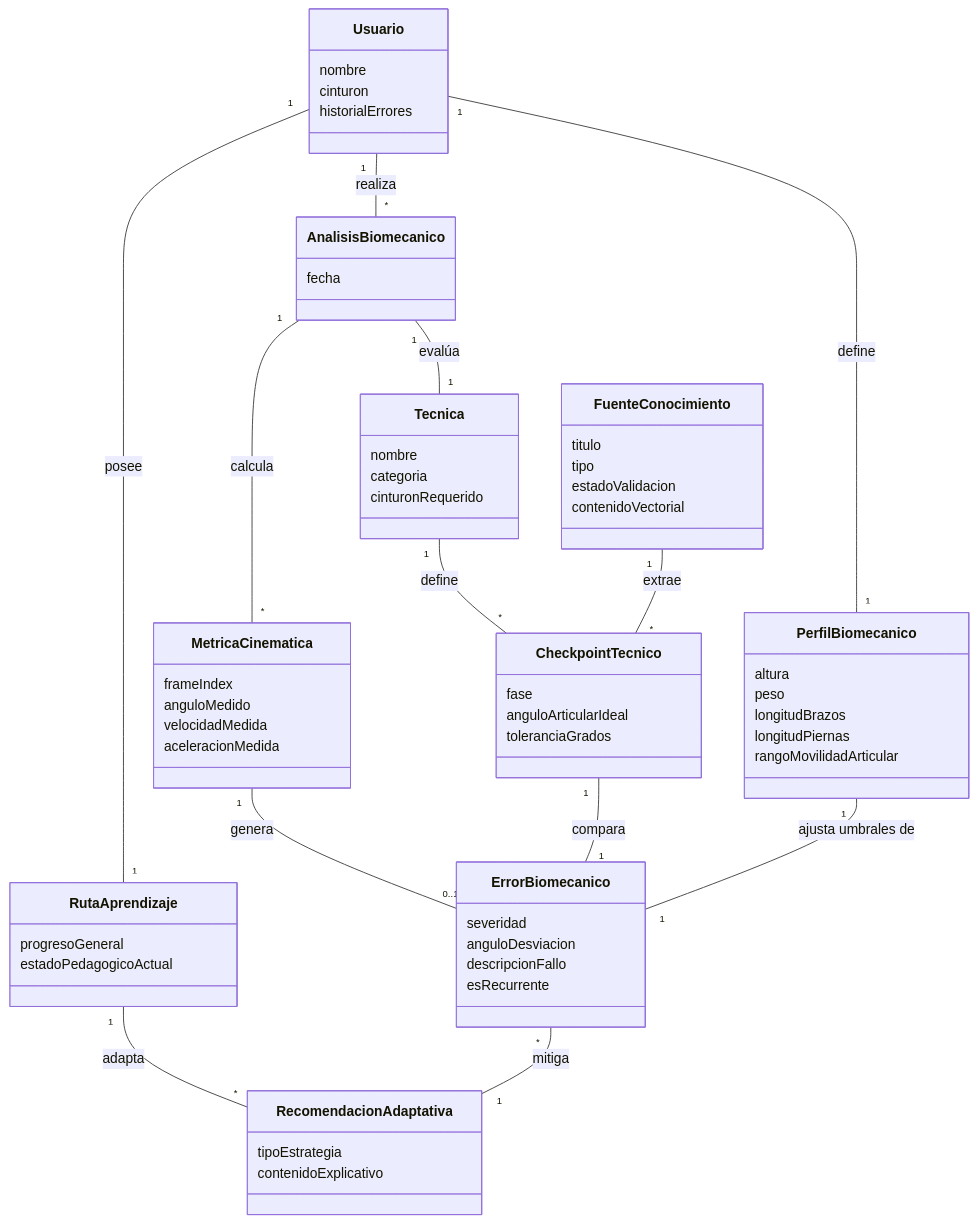
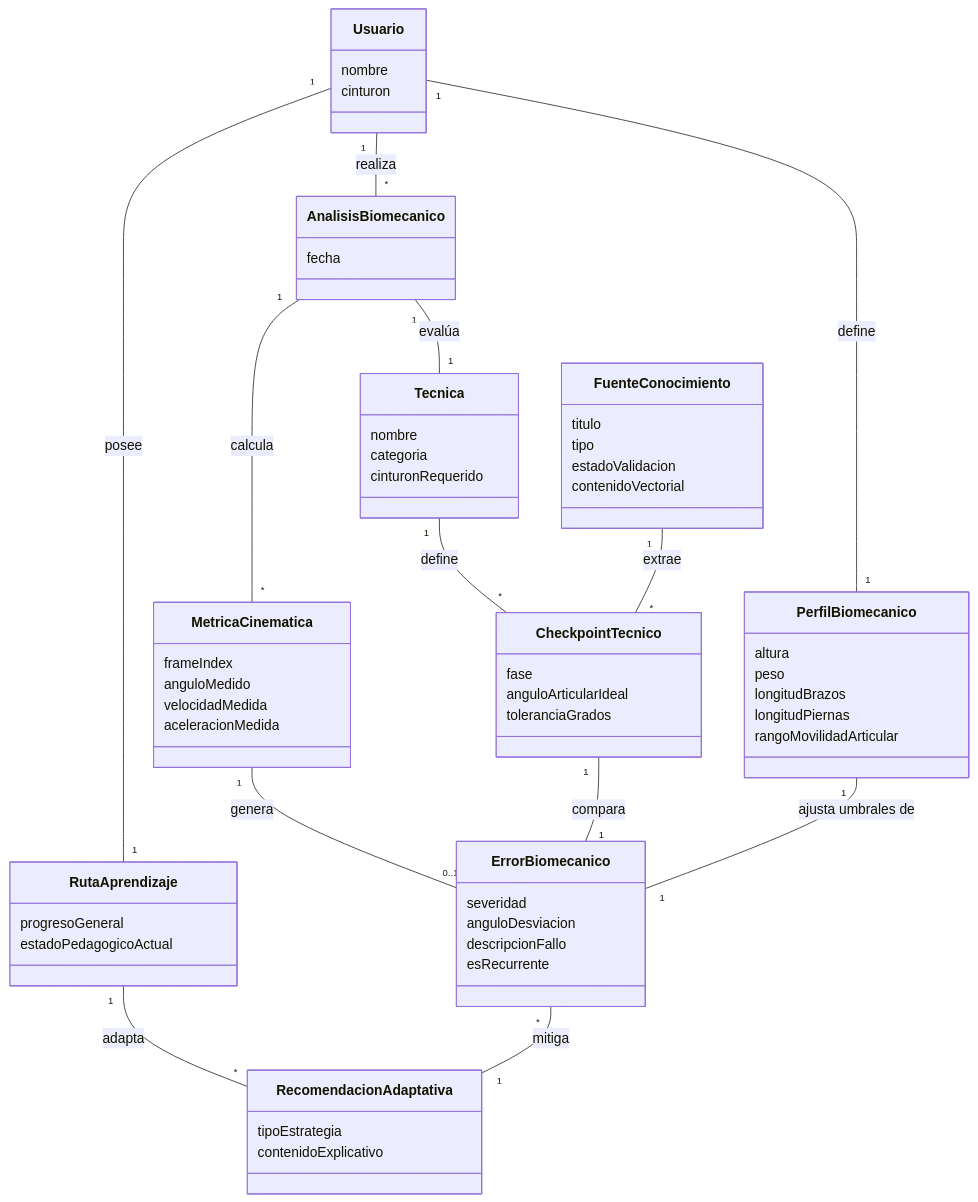
Before and after one commit to Tsmrain/Documentacion: the first of 4 diagrams in README.md, drawn with Mermaid.

Commit message:
docs: remove historialErrores attribute from Usuario class in README documentation

````diff
--- a/README.md
+++ b/README.md
@@ -370,67 +370,66 @@
 ```mermaid
 classDiagram
     class Usuario {
         nombre
         cinturon
-        historialErrores
     }
     class PerfilBiomecanico {
         altura
         peso
         longitudBrazos
         longitudPiernas
         rangoMovilidadArticular
     }
     class Tecnica {
         nombre
         categoria
         cinturonRequerido
     }
     class FuenteConocimiento {
         titulo
         tipo
         estadoValidacion
         contenidoVectorial
     }
     class CheckpointTecnico {
         fase
         anguloArticularIdeal
         toleranciaGrados
     }
     class AnalisisBiomecanico {
         fecha
     }
     class MetricaCinematica {
         frameIndex
         anguloMedido
         velocidadMedida
         aceleracionMedida
     }
     class ErrorBiomecanico {
         severidad
         anguloDesviacion
         descripcionFallo
         esRecurrente
     }
     class RutaAprendizaje {
         progresoGeneral
         estadoPedagogicoActual
     }
     class RecomendacionAdaptativa {
         tipoEstrategia
         contenidoExplicativo
     }
 
     Usuario "1" -- "1" RutaAprendizaje : posee
     Usuario "1" -- "1" PerfilBiomecanico : define
     RutaAprendizaje "1" -- "*" RecomendacionAdaptativa : adapta
     Usuario "1" -- "*" AnalisisBiomecanico : realiza
     AnalisisBiomecanico "1" -- "1" Tecnica : evalúa
     Tecnica "1" -- "*" CheckpointTecnico : define
     FuenteConocimiento "1" -- "*" CheckpointTecnico : extrae
     AnalisisBiomecanico "1" -- "*" MetricaCinematica : calcula
     MetricaCinematica "1" -- "0..1" ErrorBiomecanico : genera
     CheckpointTecnico "1" -- "1" ErrorBiomecanico : compara
     PerfilBiomecanico "1" -- "1" ErrorBiomecanico : ajusta umbrales de
     ErrorBiomecanico "*" -- "1" RecomendacionAdaptativa : mitiga
 ```
````
